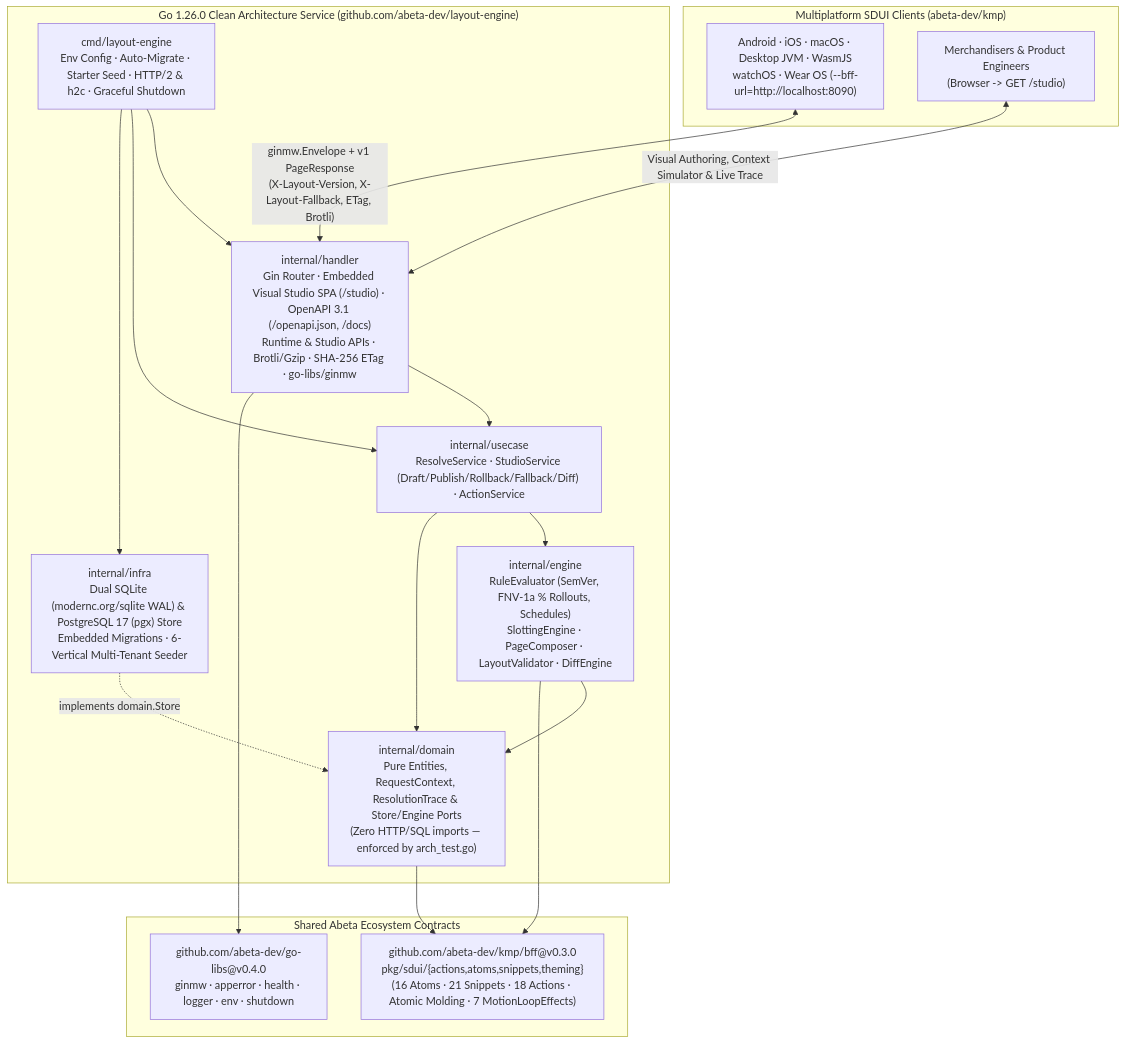
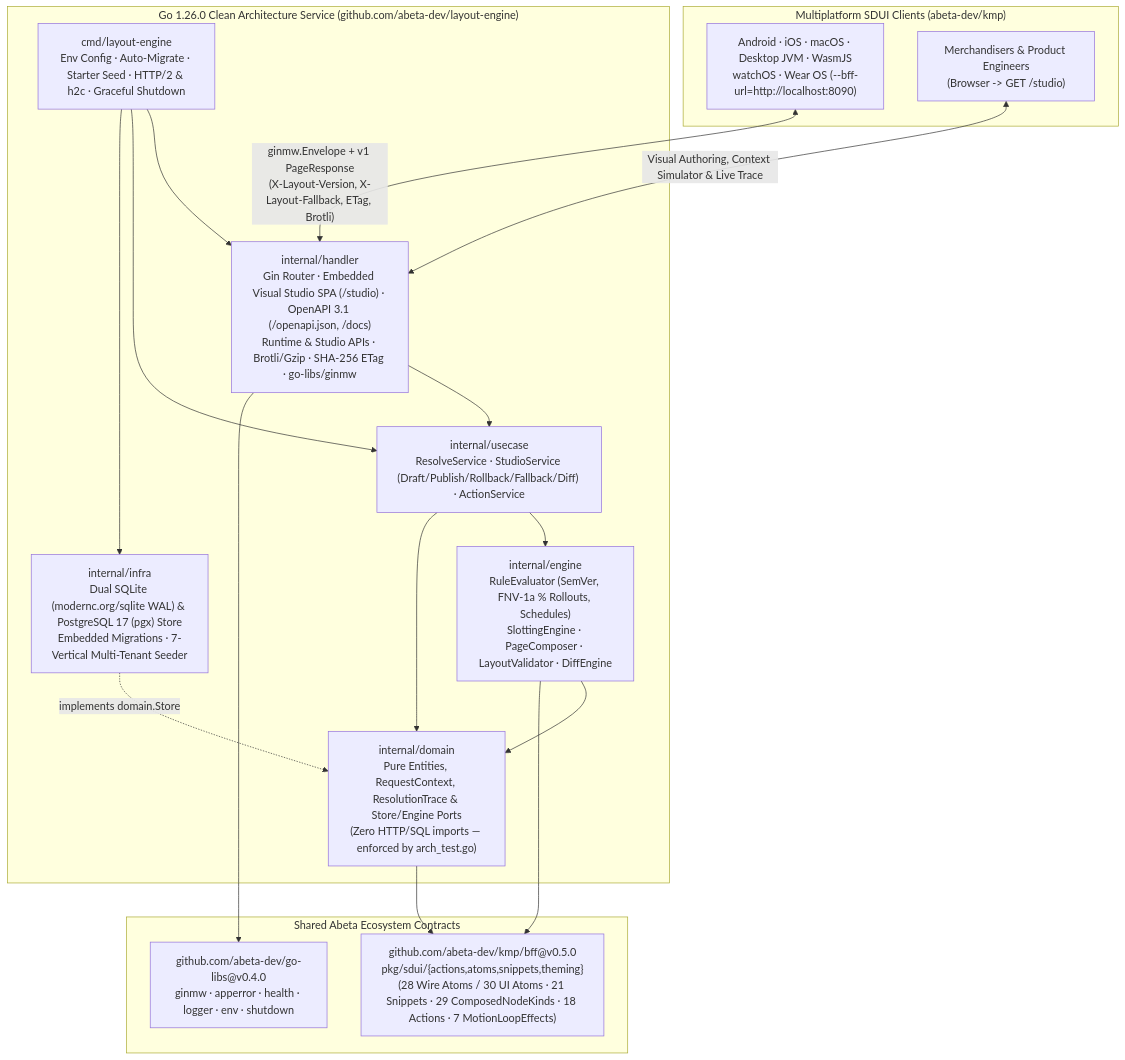
One commit to Abeta-dev/layout-engine changed the diagram in README.md. Above: the diagram before and after it, drawn with Mermaid. The commit also changed other lines of this file and 32 other files, not shown here.

Commit message:
feat(engine): upgrade to v0.3.0 with kmp/bff v0.5.0 (28 atoms, 29 ComposedNodeKinds, abeta-pay)

````diff
--- a/README.md
+++ b/README.md
@@ -20,36 +20,36 @@
 ```mermaid
 flowchart TB
     subgraph Clients["Multiplatform SDUI Clients (abeta-dev/kmp)"]
         KMP["Android · iOS · macOS · Desktop JVM · WasmJS\nwatchOS · Wear OS (--bff-url=http://localhost:8090)"]
         STUDIO_USER["Merchandisers & Product Engineers\n(Browser -> GET /studio)"]
     end
 
     subgraph EngineApp["Go 1.26.0 Clean Architecture Service (github.com/abeta-dev/layout-engine)"]
         CMD["cmd/layout-engine\nEnv Config · Auto-Migrate · Starter Seed · HTTP/2 & h2c · Graceful Shutdown"]
         HANDLER["internal/handler\nGin Router · Embedded Visual Studio SPA (/studio) · OpenAPI 3.1 (/openapi.json, /docs)\nRuntime & Studio APIs · Brotli/Gzip · SHA-256 ETag · go-libs/ginmw"]
         USECASE["internal/usecase\nResolveService · StudioService (Draft/Publish/Rollback/Fallback/Diff) · ActionService"]
         ENGINE["internal/engine\nRuleEvaluator (SemVer, FNV-1a % Rollouts, Schedules)\nSlottingEngine · PageComposer · LayoutValidator · DiffEngine"]
         DOMAIN["internal/domain\nPure Entities, RequestContext, ResolutionTrace & Store/Engine Ports\n(Zero HTTP/SQL imports — enforced by arch_test.go)"]
-        INFRA["internal/infra\nDual SQLite (modernc.org/sqlite WAL) & PostgreSQL 17 (pgx) Store\nEmbedded Migrations · 6-Vertical Multi-Tenant Seeder"]
+        INFRA["internal/infra\nDual SQLite (modernc.org/sqlite WAL) & PostgreSQL 17 (pgx) Store\nEmbedded Migrations · 7-Vertical Multi-Tenant Seeder"]
 
         CMD --> HANDLER
         CMD --> USECASE
         CMD --> INFRA
         HANDLER --> USECASE
         USECASE --> ENGINE
         USECASE --> DOMAIN
         ENGINE --> DOMAIN
         INFRA -. "implements domain.Store" .-> DOMAIN
     end
 
     subgraph Shared["Shared Abeta Ecosystem Contracts"]
-        KMP_WIRE["github.com/abeta-dev/kmp/bff@v0.3.0\npkg/sdui/{actions,atoms,snippets,theming}\n(16 Atoms · 21 Snippets · 18 Actions · Atomic Molding · 7 MotionLoopEffects)"]
+        KMP_WIRE["github.com/abeta-dev/kmp/bff@v0.5.0\npkg/sdui/{actions,atoms,snippets,theming}\n(28 Wire Atoms / 30 UI Atoms · 21 Snippets · 29 ComposedNodeKinds · 18 Actions · 7 MotionLoopEffects)"]
         GOLIBS["github.com/abeta-dev/go-libs@v0.4.0\nginmw · apperror · health · logger · env · shutdown"]
     end
 
     KMP <-- "ginmw.Envelope + v1 PageResponse\n(X-Layout-Version, X-Layout-Fallback, ETag, Brotli)" --> HANDLER
     STUDIO_USER <-- "Visual Authoring, Context Simulator & Live Trace" --> HANDLER
     DOMAIN --> KMP_WIRE
     ENGINE --> KMP_WIRE
     HANDLER --> GOLIBS
 ```
````
